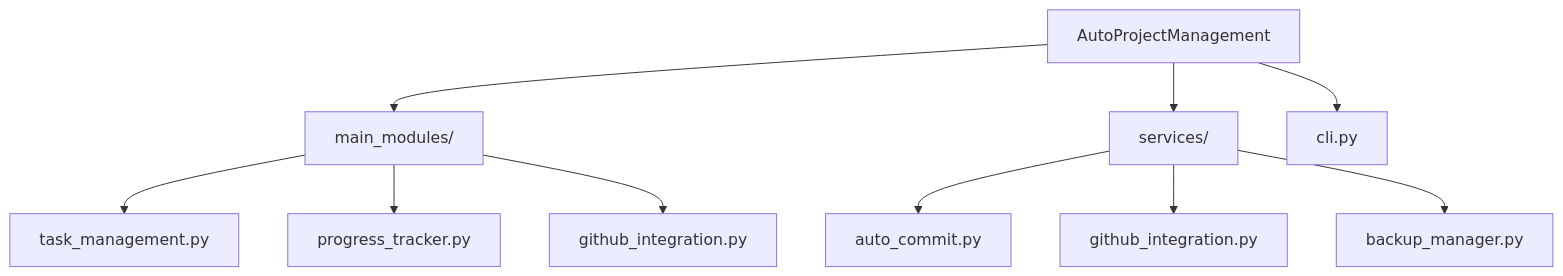
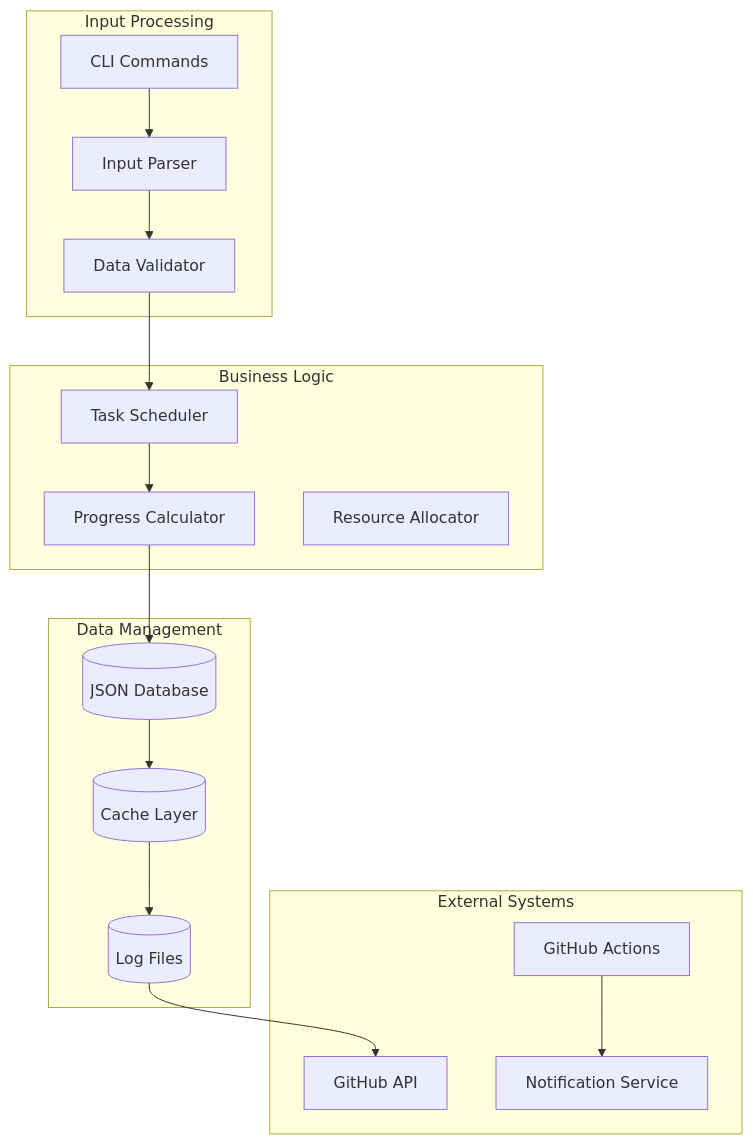
Before and after one commit to Shakour-Data/AutoProjectManagement: the eighth of 11 diagrams in README.md, drawn with Mermaid. The commit also changed other lines of this file, not shown here.

Commit message:
`Added detailed system architecture documentation, including Mermaid diagrams, BPMN diagrams, data flow diagrams, and UML diagrams, to provide a comprehensive overview of the AutoProjectManagement system.`

````diff
--- a/README.md
+++ b/README.md
@@ -88,14 +172,36 @@
 ```mermaid
 graph TD
-    A[AutoProjectManagement] --> B[main_modules/]
-    A --> C[services/]
-    A --> D[cli.py]
+    subgraph "Input Processing"
+        CLI[CLI Commands]
+        Parser[Input Parser]
+        Validator[Data Validator]
+    end
     
-    B --> E[task_management.py]
-    B --> F[progress_tracker.py]
-    B --> G[github_integration.py]
+    subgraph "Business Logic"
+        Scheduler[Task Scheduler]
+        Calculator[Progress Calculator]
+        Allocator[Resource Allocator]
+    end
     
-    C --> H[auto_commit.py]
-    C --> I[github_integration.py]
-    C --> J[backup_manager.py]
+    subgraph "Data Management"
+        JSONDB[(JSON Database)]
+        Cache[(Cache Layer)]
+        Logger[(Log Files)]
+    end
+    
+    subgraph "External Systems"
+        GitHubAPI[GitHub API]
+        Actions[GitHub Actions]
+        Notifications[Notification Service]
+    end
+    
+    CLI --> Parser
+    Parser --> Validator
+    Validator --> Scheduler
+    Scheduler --> Calculator
+    Calculator --> JSONDB
+    JSONDB --> Cache
+    Cache --> Logger
+    Logger --> GitHubAPI
+    Actions --> Notifications
 ```
````
